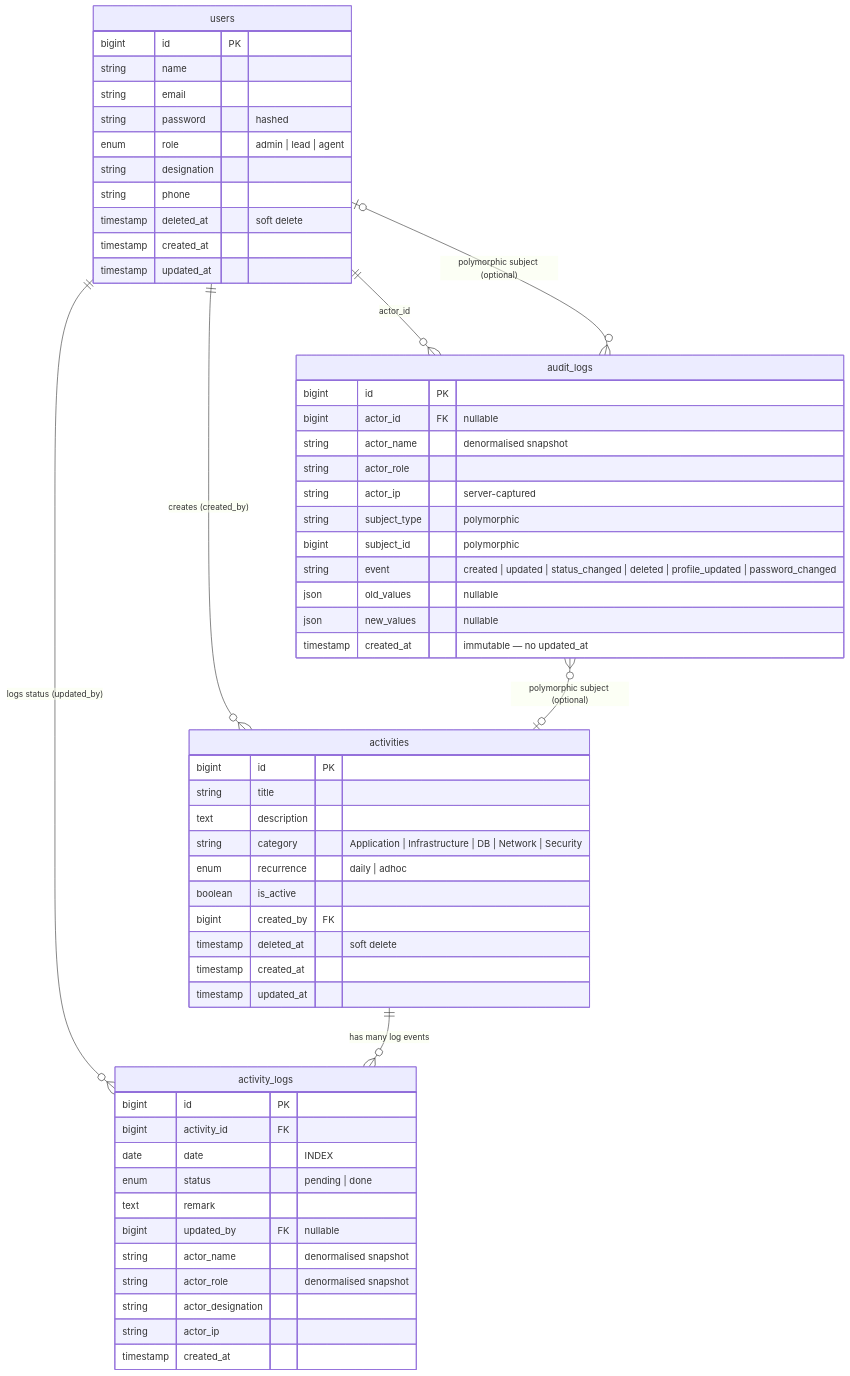
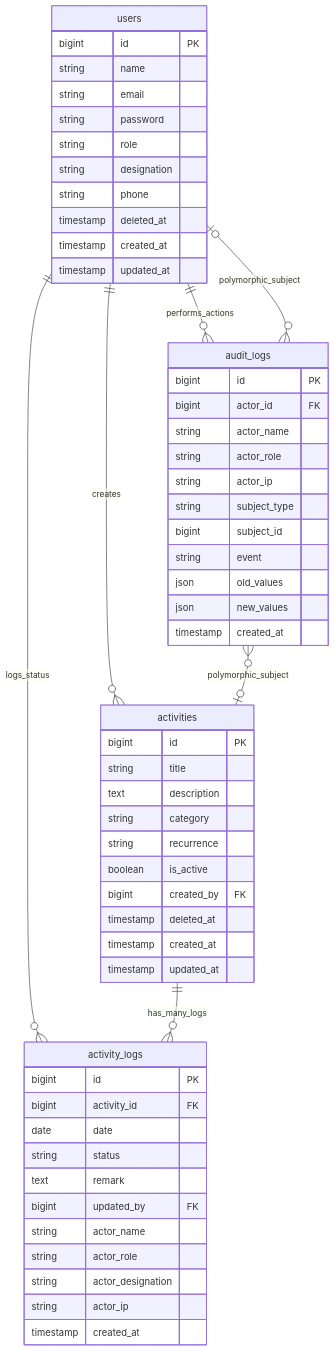
Before and after one commit to mhiskall282/npontu-technologies-sre: the first of 8 diagrams in docs/architecture.md, drawn with Mermaid. The commit also changed other lines of this file, not shown here.

Commit message:
docs(architecture): sanitize and standardize all 8 Mermaid diagrams for strict syntax compliance and responsive rendering

````diff
--- a/docs/architecture.md
+++ b/docs/architecture.md
@@ -13,65 +13,65 @@
 ```mermaid
 erDiagram
-    users ||--o{ activities : "creates (created_by)"
-    users ||--o{ activity_logs : "logs status (updated_by)"
-    users ||--o{ audit_logs : "actor_id"
+    users ||--o{ activities : "creates"
+    users ||--o{ activity_logs : "logs_status"
+    users ||--o{ audit_logs : "performs_actions"
 
-    activities ||--o{ activity_logs : "has many log events"
+    activities ||--o{ activity_logs : "has_many_logs"
 
-    audit_logs }o--o| activities : "polymorphic subject (optional)"
-    audit_logs }o--o| users : "polymorphic subject (optional)"
+    audit_logs }o--o| activities : "polymorphic_subject"
+    audit_logs }o--o| users : "polymorphic_subject"
 
     users {
         bigint id PK
         string name
         string email
-        string password "hashed"
-        enum role "admin | lead | agent"
+        string password
+        string role
         string designation
         string phone
-        timestamp deleted_at "soft delete"
+        timestamp deleted_at
         timestamp created_at
         timestamp updated_at
     }
 
     activities {
         bigint id PK
         string title
         text description
-        string category "Application | Infrastructure | DB | Network | Security"
-        enum recurrence "daily | adhoc"
+        string category
+        string recurrence
         boolean is_active
         bigint created_by FK
-        timestamp deleted_at "soft delete"
+        timestamp deleted_at
         timestamp created_at
         timestamp updated_at
     }
 
     activity_logs {
         bigint id PK
         bigint activity_id FK
-        date date "INDEX"
-        enum status "pending | done"
+        date date
+        string status
         text remark
-        bigint updated_by FK "nullable"
-        string actor_name "denormalised snapshot"
-        string actor_role "denormalised snapshot"
+        bigint updated_by FK
+        string actor_name
+        string actor_role
         string actor_designation
         string actor_ip
         timestamp created_at
     }
 
     audit_logs {
         bigint id PK
-        bigint actor_id FK "nullable"
-        string actor_name "denormalised snapshot"
+        bigint actor_id FK
+        string actor_name
         string actor_role
-        string actor_ip "server-captured"
-        string subject_type "polymorphic"
-        bigint subject_id "polymorphic"
-        string event "created | updated | status_changed | deleted | profile_updated | password_changed"
-        json old_values "nullable"
-        json new_values "nullable"
-        timestamp created_at "immutable — no updated_at"
+        string actor_ip
+        string subject_type
+        bigint subject_id
+        string event
+        json old_values
+        json new_values
+        timestamp created_at
     }
 ```
````
